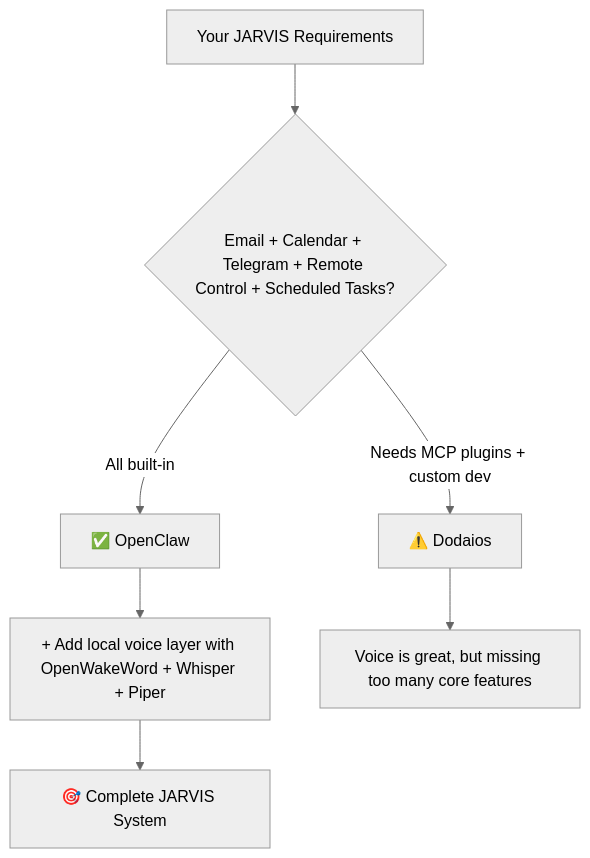
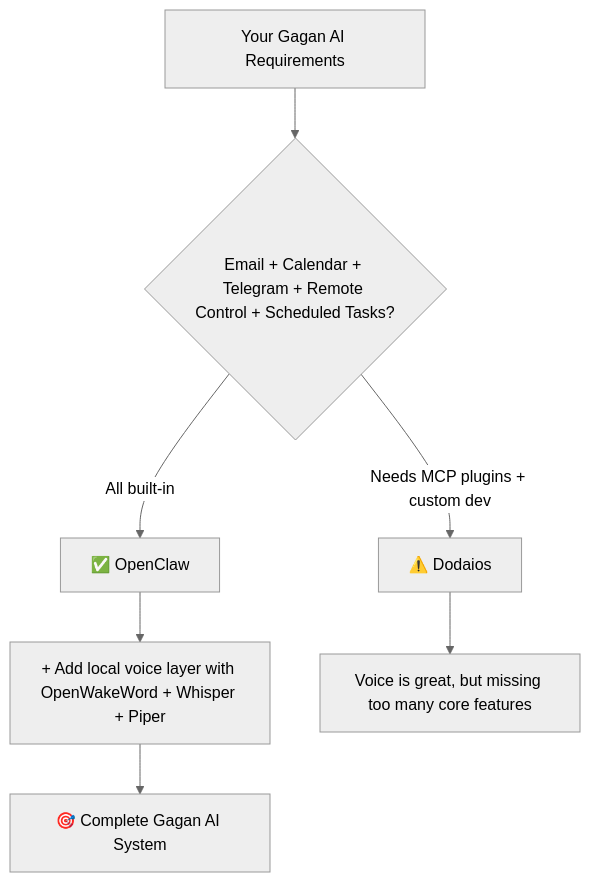
Before and after one commit to gagansokhal-coder/Jarvis: the first of 8 diagrams in JARVIS-AI-Strategy.md, drawn with Mermaid (neutral theme). The commit also changed other lines of this file and 1 other file, not shown here.

Commit message:
docs: align strategy roadmap and memory to Gagan AI assistant identity

````diff
--- a/JARVIS-AI-Strategy.md
+++ b/JARVIS-AI-Strategy.md
@@ -142,9 +142,9 @@
 ```mermaid
 flowchart TD
-    A["Your JARVIS Requirements"] --> B{"Email + Calendar + Telegram + Remote Control + Scheduled Tasks?"}
+    A["Your Gagan AI Requirements"] --> B{"Email + Calendar + Telegram + Remote Control + Scheduled Tasks?"}
     B -->|"All built-in"| C["✅ OpenClaw"]
     B -->|"Needs MCP plugins + custom dev"| D["⚠️ Dodaios"]
     C --> E["+ Add local voice layer with OpenWakeWord + Whisper + Piper"]
     D --> F["Voice is great, but missing too many core features"]
-    E --> G["🎯 Complete JARVIS System"]
+    E --> G["🎯 Complete Gagan AI System"]
 ```
````
